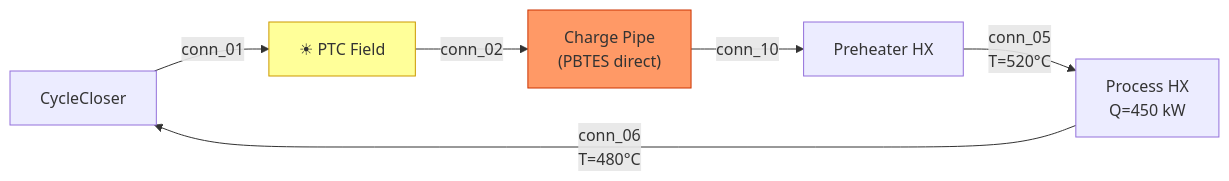
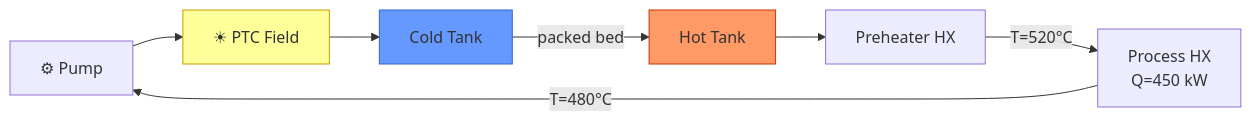
One commit to iwolde/pbtes-sim changed diagram 14 of 17 in insumos paper/PLANT_LAYOUTS_AND_MODES.md. Above: the diagram before and after it, drawn with Mermaid. The commit also changed other lines of this file and 1 other file, not shown here.

Commit message:
docs: Rewrite plant layouts with corrected Mode 5, 2-tank direct, pumps

````diff
--- a/insumos paper/PLANT_LAYOUTS_AND_MODES.md
+++ b/insumos paper/PLANT_LAYOUTS_AND_MODES.md
@@ -422,11 +472,13 @@
 ```mermaid
 graph LR
-    CC["CycleCloser"] -->|conn_01| PTC["☀ PTC Field"]
-    PTC -->|conn_02| PIPE["Charge Pipe<br/>(PBTES direct)"]
-    PIPE -->|conn_10| PH["Preheater HX"]
-    PH -->|conn_05<br/>T=520°C| PR["Process HX<br/>Q=450 kW"]
-    PR -->|conn_06<br/>T=480°C| CC
+    P1["⚙ Pump"] --> PTC["☀ PTC Field"]
+    PTC --> CT["Cold Tank"]
+    CT -->|"packed bed"| HT["Hot Tank"]
+    HT --> PH["Preheater HX"]
+    PH -->|"T=520°C"| PR["Process HX<br/>Q=450 kW"]
+    PR -->|"T=480°C"| P1
 
     style PTC fill:#ff9,stroke:#c90
-    style PIPE fill:#f96,stroke:#c30
+    style CT fill:#69f,stroke:#36c
+    style HT fill:#f96,stroke:#c30
 ```
````
